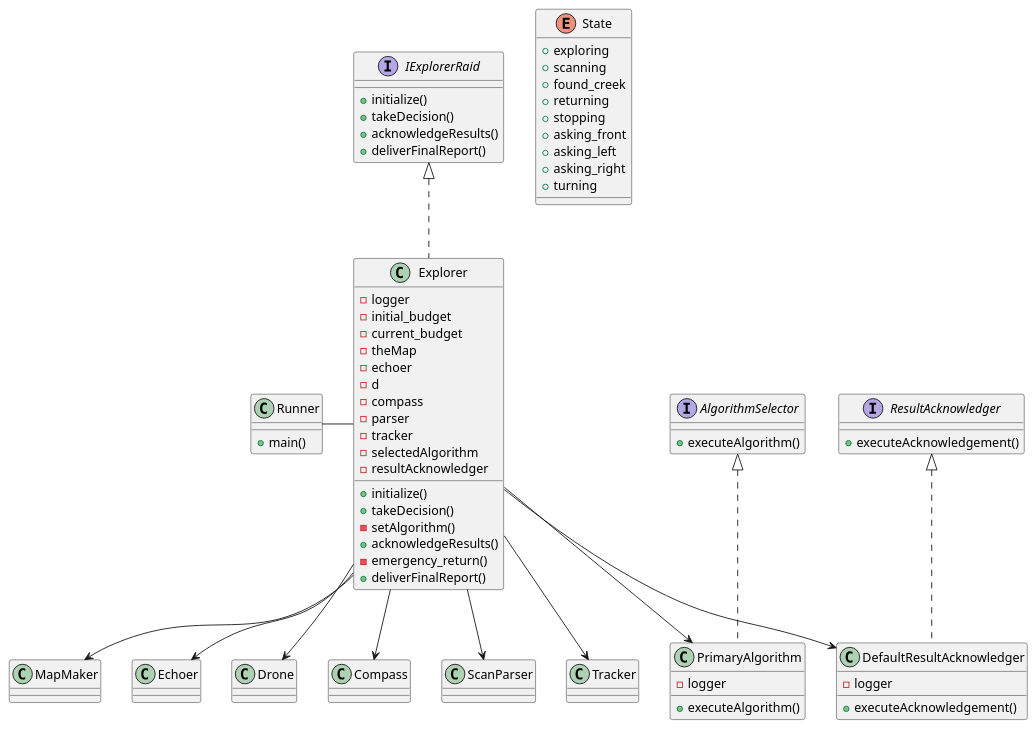
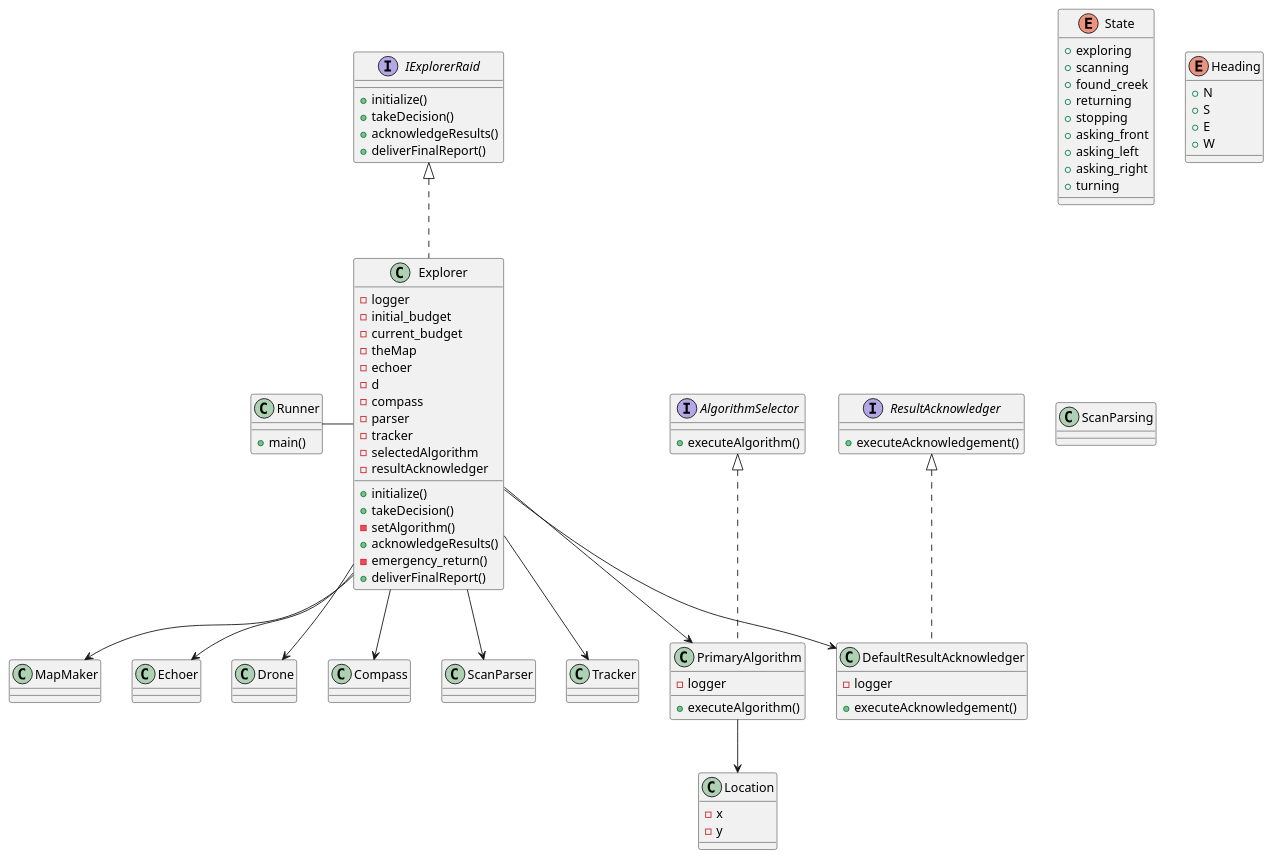
One commit to nehadst/Drone-Rescue changed the diagram in team102_UML.plantuml. Above: the diagram before and after it, drawn with PlantUML. The commit also changed 1 other file, not shown here.

Commit message:
Added ScanParsing class and Location class to UML diagram #11

```diff
--- a/team102_UML.plantuml
+++ b/team102_UML.plantuml
@@ -1,73 +1,89 @@
 @startuml Team102_UML
 
 class Runner {
     +main()
 }
 
 Runner - Explorer
 
 interface IExplorerRaid {
     +initialize()
     +takeDecision()
     +acknowledgeResults()
     +deliverFinalReport()
 }
 
 interface AlgorithmSelector {
     +executeAlgorithm()
 }
 
 interface ResultAcknowledger {
     +executeAcknowledgement()
 }
 
 class Explorer implements IExplorerRaid {
     -logger
     -initial_budget
     -current_budget
     -theMap
     -echoer
     - d
     -compass
     -parser
     -tracker
     -selectedAlgorithm
     -resultAcknowledger
     +initialize()
     +takeDecision()
     -setAlgorithm()
     +acknowledgeResults()
     -emergency_return()
     +deliverFinalReport()
 
 }
 enum State {
     +exploring
     +scanning
     +found_creek
     +returning
     +stopping
     +asking_front
     +asking_left
     +asking_right
     +turning
 }
 Explorer --> MapMaker
 Explorer --> Echoer
 Explorer --> Drone
 Explorer --> Compass
 Explorer --> ScanParser
 Explorer --> Tracker
 Explorer --> PrimaryAlgorithm
 Explorer --> DefaultResultAcknowledger
 
 class PrimaryAlgorithm implements AlgorithmSelector {
     -logger
     +executeAlgorithm()
 }
 class DefaultResultAcknowledger implements ResultAcknowledger {
     -logger
     +executeAcknowledgement()
 }
 
+enum Heading {
+    + N 
+    + S 
+    + E 
+    + W 
+}
+
+PrimaryAlgorithm --> Location
+
+class Location {
+    - x 
+    - y 
+}
+
+class ScanParsing
+
 @enduml
```
